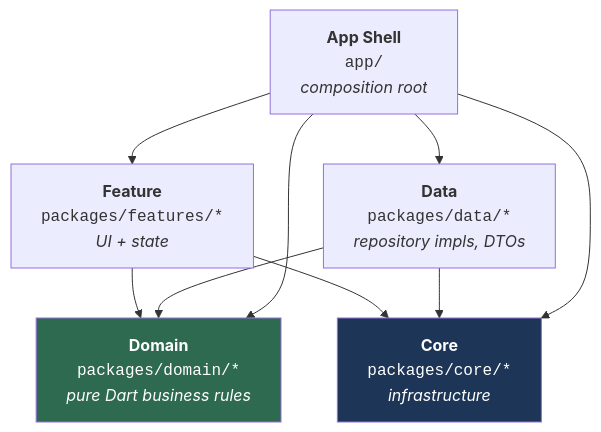
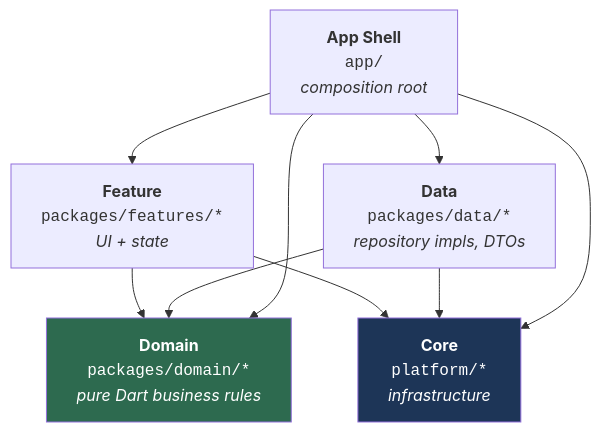
The diagram in docs/en/architecture/01_overview.md (CaoGiaHieu-dev/flutter-monorepo-codebase), drawn with Mermaid before and after one commit. The commit also changed other lines of this file and 392 other files, not shown here.

First line of the commit message:
refactor: move packages/core/* to platform/*

````diff
--- a/docs/en/architecture/01_overview.md
+++ b/docs/en/architecture/01_overview.md
@@ -13,20 +13,20 @@
 ```mermaid
 graph TD
     App["<b>App Shell</b><br/><code>app/</code><br/><i>composition root</i>"]
     Feature["<b>Feature</b><br/><code>packages/features/*</code><br/><i>UI + state</i>"]
     Domain["<b>Domain</b><br/><code>packages/domain/*</code><br/><i>pure Dart business rules</i>"]
     Data["<b>Data</b><br/><code>packages/data/*</code><br/><i>repository impls, DTOs</i>"]
-    Core["<b>Core</b><br/><code>packages/core/*</code><br/><i>infrastructure</i>"]
+    Core["<b>Core</b><br/><code>platform/*</code><br/><i>infrastructure</i>"]
 
     Feature --> Domain
     Data --> Domain
     Feature --> Core
     Data --> Core
     App --> Feature
     App --> Data
     App --> Domain
     App --> Core
 
     style Domain fill:#2d6a4f,color:#fff
     style Core fill:#1d3557,color:#fff
 ```
````
